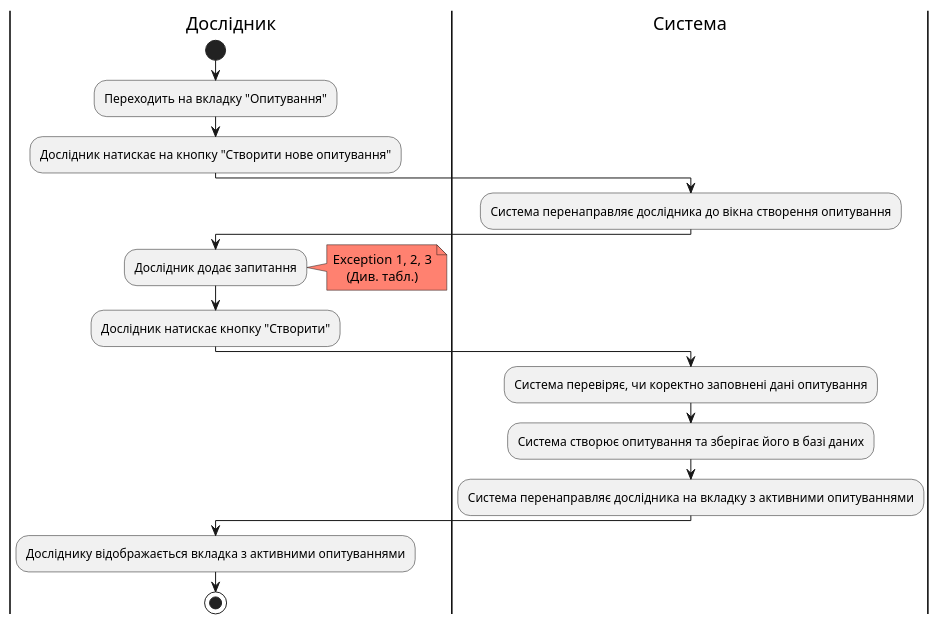
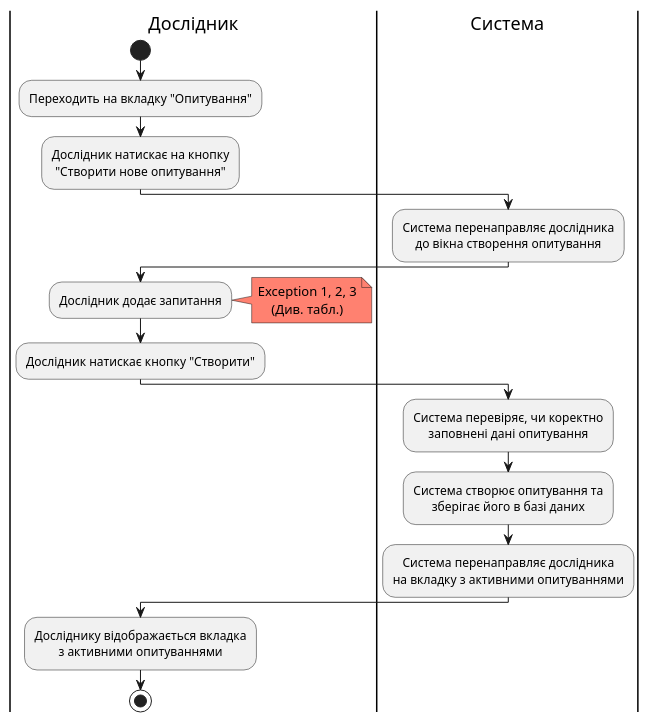
The second of 4 diagrams in docs/use_cases.md (generalmaks/db_labs), drawn with PlantUML before and after one commit. The commit also changed other lines of this file, not shown here.

Commit message:
Added RemoveSurvey diagram

````diff
--- a/docs/use_cases.md
+++ b/docs/use_cases.md
@@ -161,25 +161,31 @@
 ```plantuml
 @startuml
 |Дослідник|
 start
 skinparam defaultTextAlignment center
 :Переходить на вкладку "Опитування";
-:Дослідник натискає на кнопку "Створити нове опитування";
+:Дослідник натискає на кнопку 
+"Створити нове опитування";
 |Система|
-:Система перенаправляє дослідника до вікна створення опитування;
+:Система перенаправляє дослідника 
+до вікна створення опитування;
 |Дослідник|
 :Дослідник додає запитання;
 note right #ff8170
 Exception 1, 2, 3
 (Див. табл.)
 end note
 :Дослідник натискає кнопку "Створити";
 |Система|
-:Система перевіряє, чи коректно заповнені дані опитування;
-:Система створює опитування та зберігає його в базі даних;
-:Система перенаправляє дослідника на вкладку з активними опитуваннями;
+:Система перевіряє, чи коректно 
+заповнені дані опитування;
+:Система створює опитування та 
+зберігає його в базі даних;
+:Система перенаправляє дослідника 
+на вкладку з активними опитуваннями;
 |Дослідник|
-:Досліднику відображається вкладка з активними опитуваннями;
+:Досліднику відображається вкладка 
+з активними опитуваннями;
 stop
 @enduml
 ```
````
